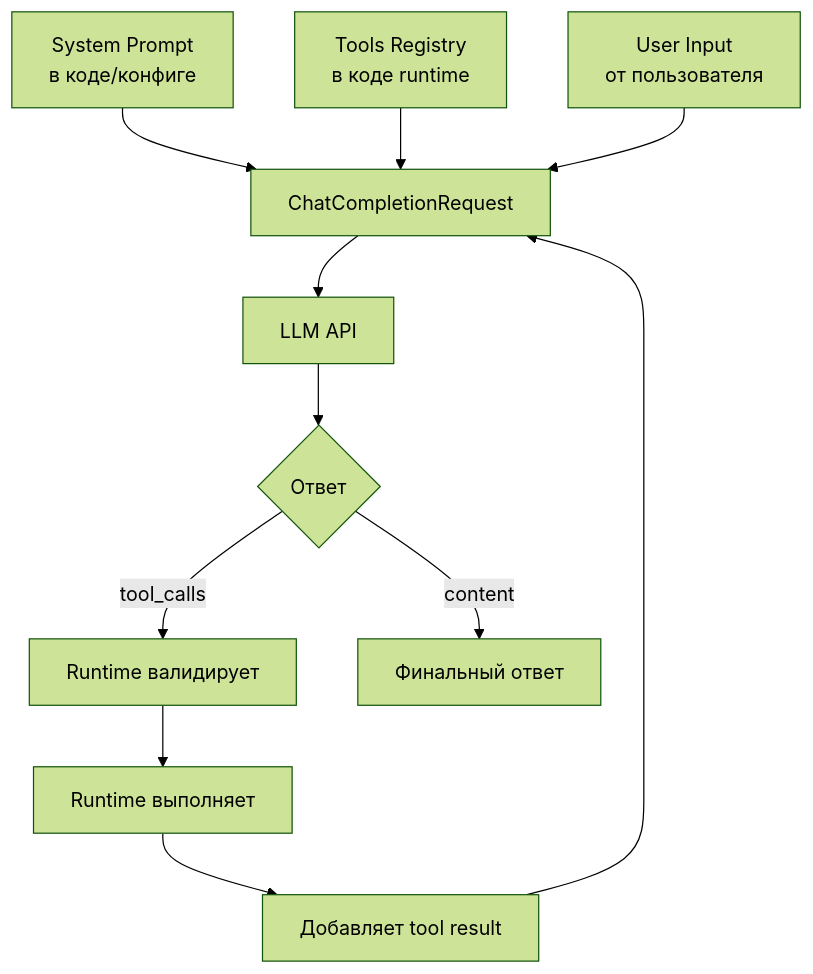
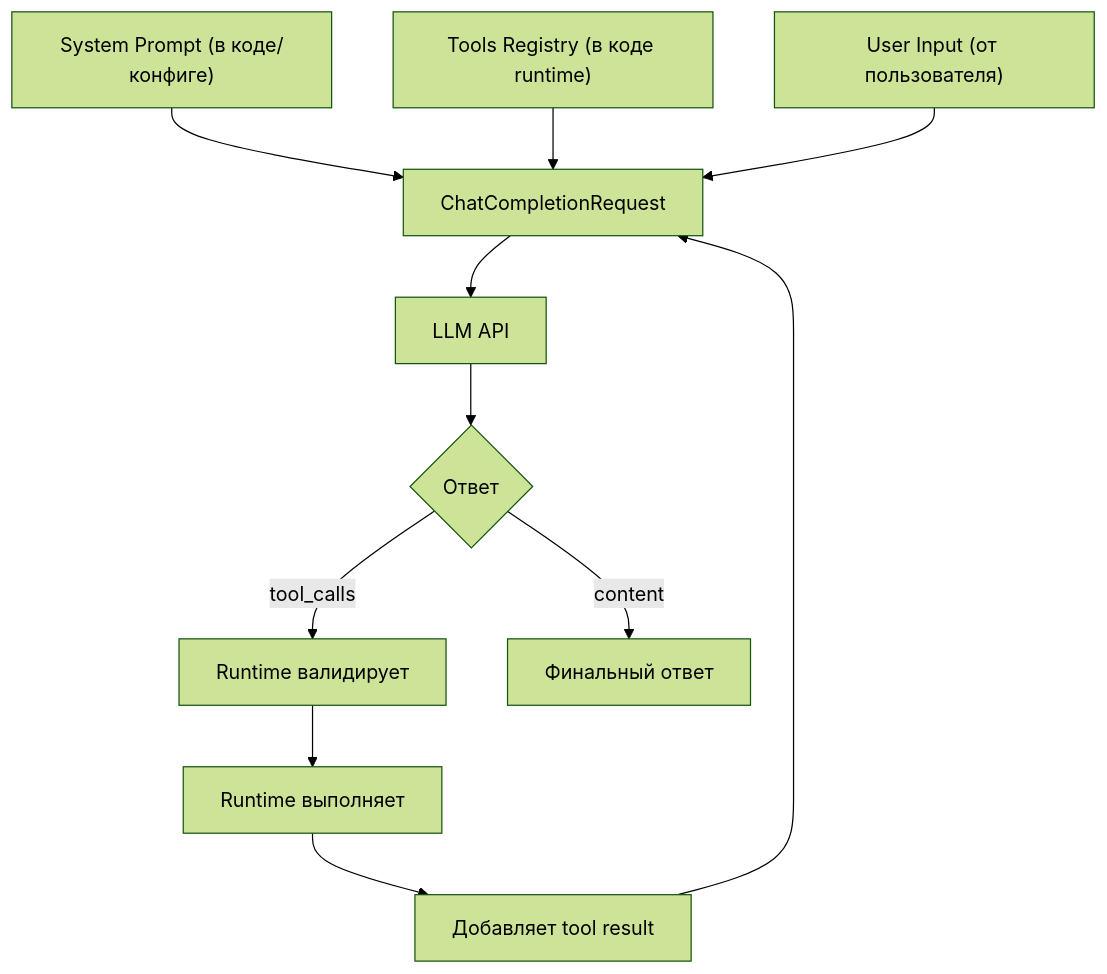
Before and after one commit to kshvakov/ai-agent-course: the diagram in docs/book/04-tools-and-function-calling/README.md, drawn with Mermaid (forest theme). The commit also changed 7 other files, not shown here.

````diff
--- a/docs/book/04-tools-and-function-calling/README.md
+++ b/docs/book/04-tools-and-function-calling/README.md
@@ -228,13 +228,13 @@
 ```mermaid
 graph TB
-    A[System Prompt<br/>в коде/конфиге] --> D[ChatCompletionRequest]
-    B[Tools Registry<br/>в коде runtime] --> D
-    C[User Input<br/>от пользователя] --> D
+    A["System Prompt (в коде/конфиге)"] --> D[ChatCompletionRequest]
+    B["Tools Registry (в коде runtime)"] --> D
+    C["User Input (от пользователя)"] --> D
     D --> E[LLM API]
     E --> F{Ответ}
     F -->|tool_calls| G[Runtime валидирует]
     G --> H[Runtime выполняет]
     H --> I[Добавляет tool result]
     I --> D
     F -->|content| J[Финальный ответ]
 ```
````
